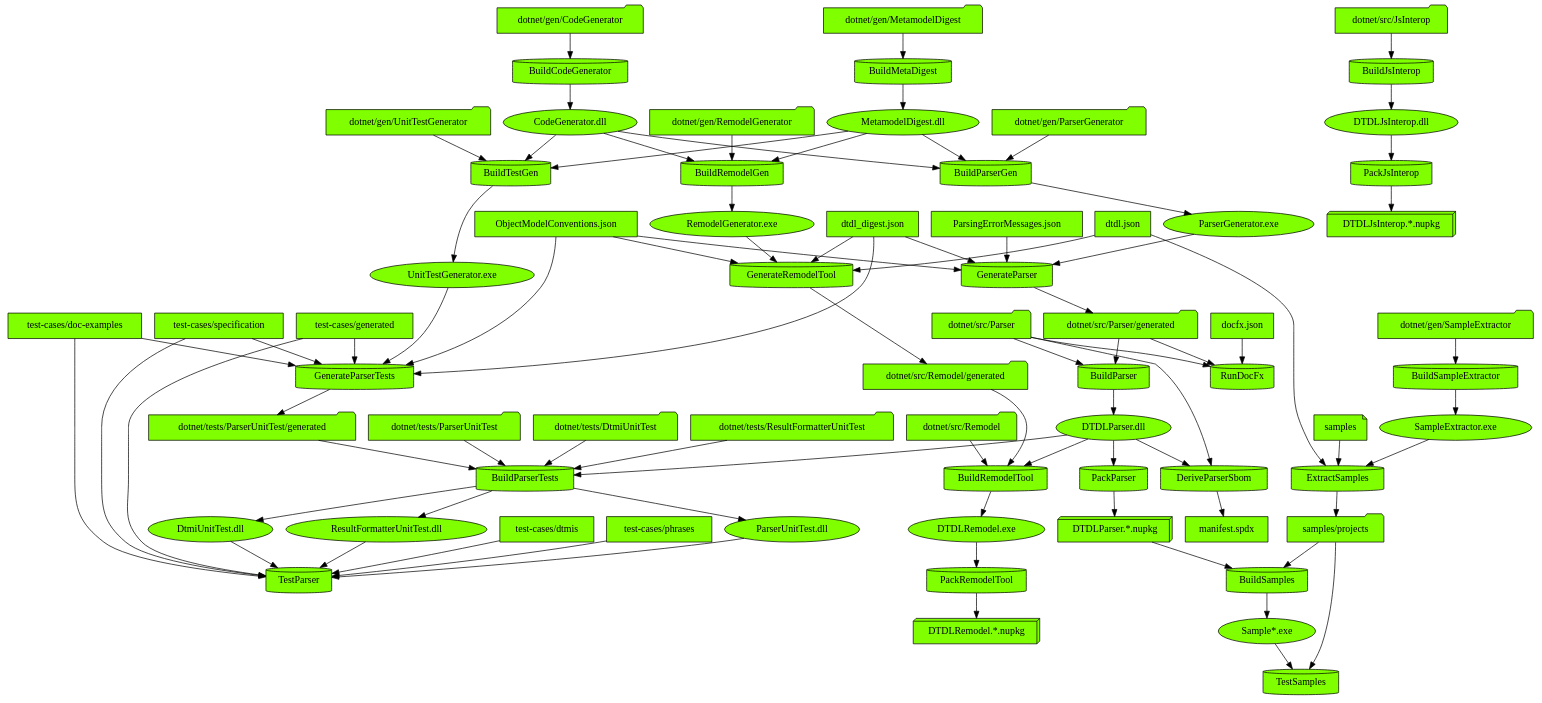
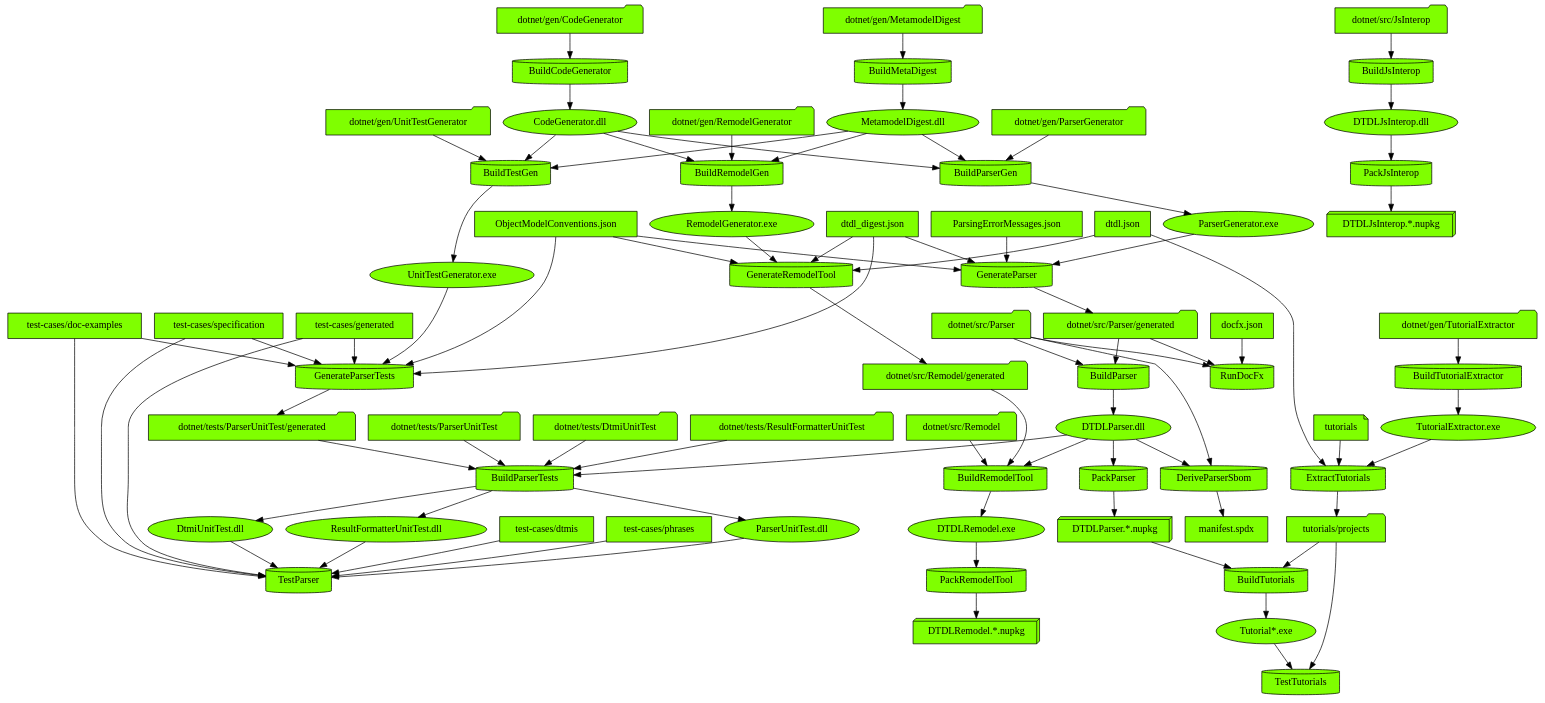
Before and after one commit to digitaltwinconsortium/DTDLParser: the diagram in images/input/generated/DevelopFlowDiagram.dot, drawn with Graphviz. The commit also changed 184 other files, not shown here.

Commit message:
Rename samples to tutorials (#24)

```diff
--- a/images/input/generated/DevelopFlowDiagram.dot
+++ b/images/input/generated/DevelopFlowDiagram.dot
@@ -1,151 +1,151 @@
 digraph {
   {
     "BuildCodeGenerator" [shape=cylinder style=filled fillcolor=chartreuse]
     "BuildJsInterop" [shape=cylinder style=filled fillcolor=chartreuse]
     "BuildMetaDigest" [shape=cylinder style=filled fillcolor=chartreuse]
     "BuildParser" [shape=cylinder style=filled fillcolor=chartreuse]
     "BuildParserGen" [shape=cylinder style=filled fillcolor=chartreuse]
     "BuildParserTests" [shape=cylinder style=filled fillcolor=chartreuse]
     "BuildRemodelGen" [shape=cylinder style=filled fillcolor=chartreuse]
     "BuildRemodelTool" [shape=cylinder style=filled fillcolor=chartreuse]
-    "BuildSampleExtractor" [shape=cylinder style=filled fillcolor=chartreuse]
-    "BuildSamples" [shape=cylinder style=filled fillcolor=chartreuse]
     "BuildTestGen" [shape=cylinder style=filled fillcolor=chartreuse]
+    "BuildTutorialExtractor" [shape=cylinder style=filled fillcolor=chartreuse]
+    "BuildTutorials" [shape=cylinder style=filled fillcolor=chartreuse]
     "DeriveParserSbom" [shape=cylinder style=filled fillcolor=chartreuse]
-    "ExtractSamples" [shape=cylinder style=filled fillcolor=chartreuse]
+    "ExtractTutorials" [shape=cylinder style=filled fillcolor=chartreuse]
     "GenerateParser" [shape=cylinder style=filled fillcolor=chartreuse]
     "GenerateParserTests" [shape=cylinder style=filled fillcolor=chartreuse]
     "GenerateRemodelTool" [shape=cylinder style=filled fillcolor=chartreuse]
     "PackJsInterop" [shape=cylinder style=filled fillcolor=chartreuse]
     "PackParser" [shape=cylinder style=filled fillcolor=chartreuse]
     "PackRemodelTool" [shape=cylinder style=filled fillcolor=chartreuse]
     "RunDocFx" [shape=cylinder style=filled fillcolor=chartreuse]
     "TestParser" [shape=cylinder style=filled fillcolor=chartreuse]
-    "TestSamples" [shape=cylinder style=filled fillcolor=chartreuse]
+    "TestTutorials" [shape=cylinder style=filled fillcolor=chartreuse]
     "dotnet/gen/CodeGenerator" [shape=folder style=filled fillcolor=chartreuse]
     "CodeGenerator.dll" [shape=ellipse style=filled fillcolor=chartreuse]
     "dotnet/src/JsInterop" [shape=folder style=filled fillcolor=chartreuse]
     "DTDLJsInterop.dll" [shape=ellipse style=filled fillcolor=chartreuse]
     "dotnet/gen/MetamodelDigest" [shape=folder style=filled fillcolor=chartreuse]
     "MetamodelDigest.dll" [shape=ellipse style=filled fillcolor=chartreuse]
     "dotnet/src/Parser" [shape=folder style=filled fillcolor=chartreuse]
     "dotnet/src/Parser/generated" [shape=folder style=filled fillcolor=chartreuse]
     "DTDLParser.dll" [shape=ellipse style=filled fillcolor=chartreuse]
     "dotnet/gen/ParserGenerator" [shape=folder style=filled fillcolor=chartreuse]
     "ParserGenerator.exe" [shape=ellipse style=filled fillcolor=chartreuse]
     "dotnet/tests/DtmiUnitTest" [shape=folder style=filled fillcolor=chartreuse]
     "DtmiUnitTest.dll" [shape=ellipse style=filled fillcolor=chartreuse]
     "dotnet/tests/ResultFormatterUnitTest" [shape=folder style=filled fillcolor=chartreuse]
     "ResultFormatterUnitTest.dll" [shape=ellipse style=filled fillcolor=chartreuse]
     "dotnet/tests/ParserUnitTest" [shape=folder style=filled fillcolor=chartreuse]
     "dotnet/tests/ParserUnitTest/generated" [shape=folder style=filled fillcolor=chartreuse]
     "ParserUnitTest.dll" [shape=ellipse style=filled fillcolor=chartreuse]
     "dotnet/gen/RemodelGenerator" [shape=folder style=filled fillcolor=chartreuse]
     "RemodelGenerator.exe" [shape=ellipse style=filled fillcolor=chartreuse]
     "dotnet/src/Remodel" [shape=folder style=filled fillcolor=chartreuse]
     "dotnet/src/Remodel/generated" [shape=folder style=filled fillcolor=chartreuse]
     "DTDLRemodel.exe" [shape=ellipse style=filled fillcolor=chartreuse]
-    "dotnet/gen/SampleExtractor" [shape=folder style=filled fillcolor=chartreuse]
-    "SampleExtractor.exe" [shape=ellipse style=filled fillcolor=chartreuse]
-    "DTDLParser.*.nupkg" [shape=box3d style=filled fillcolor=chartreuse]
-    "samples/projects" [shape=folder style=filled fillcolor=chartreuse]
-    "Sample*.exe" [shape=ellipse style=filled fillcolor=chartreuse]
     "dotnet/gen/UnitTestGenerator" [shape=folder style=filled fillcolor=chartreuse]
     "UnitTestGenerator.exe" [shape=ellipse style=filled fillcolor=chartreuse]
+    "dotnet/gen/TutorialExtractor" [shape=folder style=filled fillcolor=chartreuse]
+    "TutorialExtractor.exe" [shape=ellipse style=filled fillcolor=chartreuse]
+    "DTDLParser.*.nupkg" [shape=box3d style=filled fillcolor=chartreuse]
+    "tutorials/projects" [shape=folder style=filled fillcolor=chartreuse]
+    "Tutorial*.exe" [shape=ellipse style=filled fillcolor=chartreuse]
     "manifest.spdx" [shape=box style=filled fillcolor=chartreuse]
     "dtdl.json" [shape=box style=filled fillcolor=chartreuse]
-    "samples" [shape=note style=filled fillcolor=chartreuse]
+    "tutorials" [shape=note style=filled fillcolor=chartreuse]
     "dtdl_digest.json" [shape=box style=filled fillcolor=chartreuse]
     "ObjectModelConventions.json" [shape=box style=filled fillcolor=chartreuse]
     "ParsingErrorMessages.json" [shape=box style=filled fillcolor=chartreuse]
     "test-cases/generated" [shape=box style=filled fillcolor=chartreuse]
     "test-cases/doc-examples" [shape=box style=filled fillcolor=chartreuse]
     "test-cases/specification" [shape=box style=filled fillcolor=chartreuse]
     "DTDLJsInterop.*.nupkg" [shape=box3d style=filled fillcolor=chartreuse]
     "DTDLRemodel.*.nupkg" [shape=box3d style=filled fillcolor=chartreuse]
     "docfx.json" [shape=box style=filled fillcolor=chartreuse]
     "test-cases/dtmis" [shape=box style=filled fillcolor=chartreuse]
     "test-cases/phrases" [shape=box style=filled fillcolor=chartreuse]
   }
   "dotnet/gen/CodeGenerator" -> "BuildCodeGenerator"
   "BuildCodeGenerator" -> "CodeGenerator.dll"
   "dotnet/src/JsInterop" -> "BuildJsInterop"
   "BuildJsInterop" -> "DTDLJsInterop.dll"
   "dotnet/gen/MetamodelDigest" -> "BuildMetaDigest"
   "BuildMetaDigest" -> "MetamodelDigest.dll"
   "dotnet/src/Parser" -> "BuildParser"
   "dotnet/src/Parser/generated" -> "BuildParser"
   "BuildParser" -> "DTDLParser.dll"
   "dotnet/gen/ParserGenerator" -> "BuildParserGen"
   "MetamodelDigest.dll" -> "BuildParserGen"
   "CodeGenerator.dll" -> "BuildParserGen"
   "BuildParserGen" -> "ParserGenerator.exe"
   "dotnet/tests/DtmiUnitTest" -> "BuildParserTests"
   "BuildParserTests" -> "DtmiUnitTest.dll"
   "dotnet/tests/ResultFormatterUnitTest" -> "BuildParserTests"
   "BuildParserTests" -> "ResultFormatterUnitTest.dll"
   "dotnet/tests/ParserUnitTest" -> "BuildParserTests"
   "dotnet/tests/ParserUnitTest/generated" -> "BuildParserTests"
   "DTDLParser.dll" -> "BuildParserTests"
   "BuildParserTests" -> "ParserUnitTest.dll"
   "dotnet/gen/RemodelGenerator" -> "BuildRemodelGen"
   "MetamodelDigest.dll" -> "BuildRemodelGen"
   "CodeGenerator.dll" -> "BuildRemodelGen"
   "BuildRemodelGen" -> "RemodelGenerator.exe"
   "dotnet/src/Remodel" -> "BuildRemodelTool"
   "dotnet/src/Remodel/generated" -> "BuildRemodelTool"
   "DTDLParser.dll" -> "BuildRemodelTool"
   "BuildRemodelTool" -> "DTDLRemodel.exe"
-  "dotnet/gen/SampleExtractor" -> "BuildSampleExtractor"
-  "BuildSampleExtractor" -> "SampleExtractor.exe"
-  "DTDLParser.*.nupkg" -> "BuildSamples"
-  "samples/projects" -> "BuildSamples"
-  "BuildSamples" -> "Sample*.exe"
   "dotnet/gen/UnitTestGenerator" -> "BuildTestGen"
   "MetamodelDigest.dll" -> "BuildTestGen"
   "CodeGenerator.dll" -> "BuildTestGen"
   "BuildTestGen" -> "UnitTestGenerator.exe"
+  "dotnet/gen/TutorialExtractor" -> "BuildTutorialExtractor"
+  "BuildTutorialExtractor" -> "TutorialExtractor.exe"
+  "DTDLParser.*.nupkg" -> "BuildTutorials"
+  "tutorials/projects" -> "BuildTutorials"
+  "BuildTutorials" -> "Tutorial*.exe"
   "DTDLParser.dll" -> "DeriveParserSbom"
   "dotnet/src/Parser" -> "DeriveParserSbom"
   "DeriveParserSbom" -> "manifest.spdx"
-  "SampleExtractor.exe" -> "ExtractSamples"
-  "dtdl.json" -> "ExtractSamples"
-  "samples" -> "ExtractSamples"
-  "ExtractSamples" -> "samples/projects"
+  "TutorialExtractor.exe" -> "ExtractTutorials"
+  "dtdl.json" -> "ExtractTutorials"
+  "tutorials" -> "ExtractTutorials"
+  "ExtractTutorials" -> "tutorials/projects"
   "ParserGenerator.exe" -> "GenerateParser"
   "dtdl_digest.json" -> "GenerateParser"
   "ObjectModelConventions.json" -> "GenerateParser"
   "ParsingErrorMessages.json" -> "GenerateParser"
   "GenerateParser" -> "dotnet/src/Parser/generated"
   "UnitTestGenerator.exe" -> "GenerateParserTests"
   "dtdl_digest.json" -> "GenerateParserTests"
   "ObjectModelConventions.json" -> "GenerateParserTests"
   "test-cases/generated" -> "GenerateParserTests"
   "test-cases/doc-examples" -> "GenerateParserTests"
   "test-cases/specification" -> "GenerateParserTests"
   "GenerateParserTests" -> "dotnet/tests/ParserUnitTest/generated"
   "RemodelGenerator.exe" -> "GenerateRemodelTool"
   "dtdl.json" -> "GenerateRemodelTool"
   "dtdl_digest.json" -> "GenerateRemodelTool"
   "ObjectModelConventions.json" -> "GenerateRemodelTool"
   "GenerateRemodelTool" -> "dotnet/src/Remodel/generated"
   "DTDLJsInterop.dll" -> "PackJsInterop"
   "PackJsInterop" -> "DTDLJsInterop.*.nupkg"
   "DTDLParser.dll" -> "PackParser"
   "PackParser" -> "DTDLParser.*.nupkg"
   "DTDLRemodel.exe" -> "PackRemodelTool"
   "PackRemodelTool" -> "DTDLRemodel.*.nupkg"
   "dotnet/src/Parser" -> "RunDocFx"
   "dotnet/src/Parser/generated" -> "RunDocFx"
   "docfx.json" -> "RunDocFx"
   "DtmiUnitTest.dll" -> "TestParser"
   "test-cases/dtmis" -> "TestParser"
   "ResultFormatterUnitTest.dll" -> "TestParser"
   "test-cases/phrases" -> "TestParser"
   "ParserUnitTest.dll" -> "TestParser"
   "test-cases/generated" -> "TestParser"
   "test-cases/doc-examples" -> "TestParser"
   "test-cases/specification" -> "TestParser"
-  "Sample*.exe" -> "TestSamples"
-  "samples/projects" -> "TestSamples"
+  "Tutorial*.exe" -> "TestTutorials"
+  "tutorials/projects" -> "TestTutorials"
 }
```
